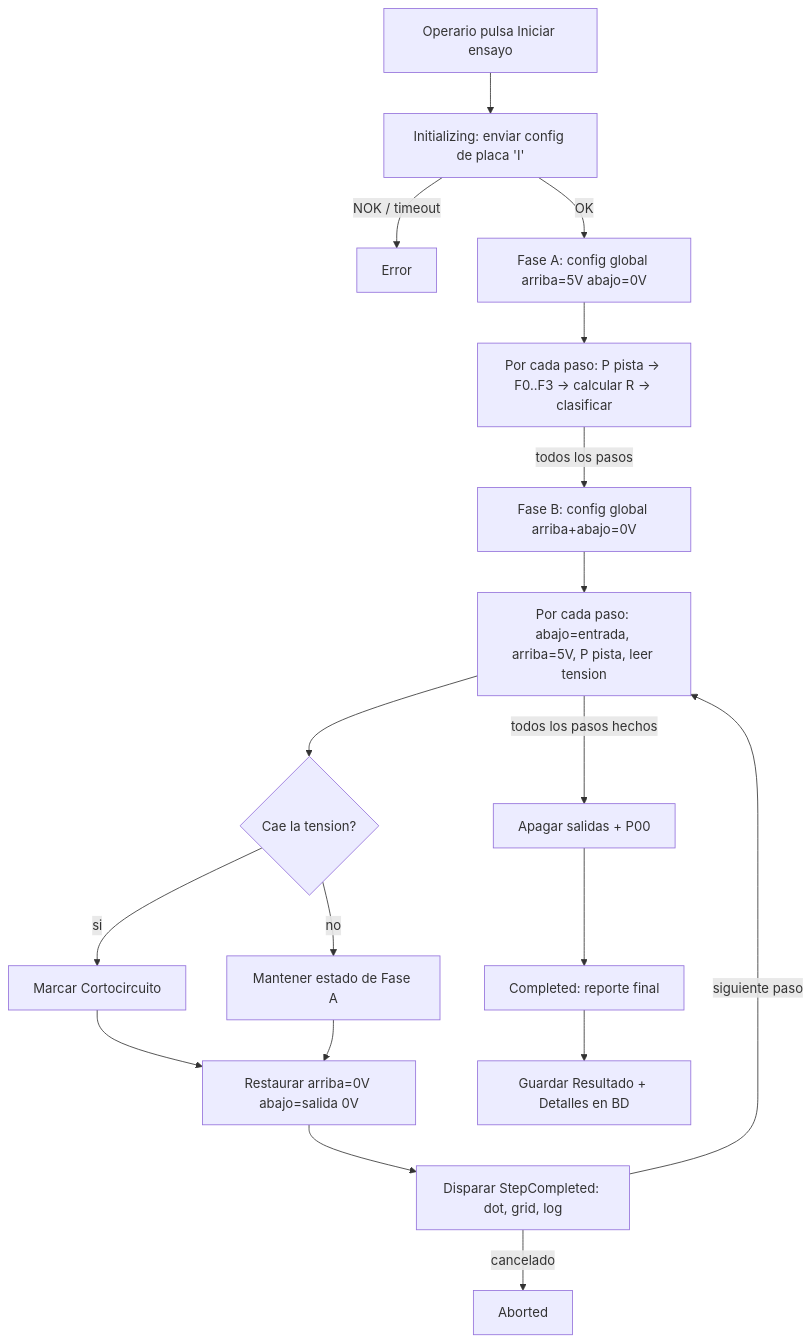
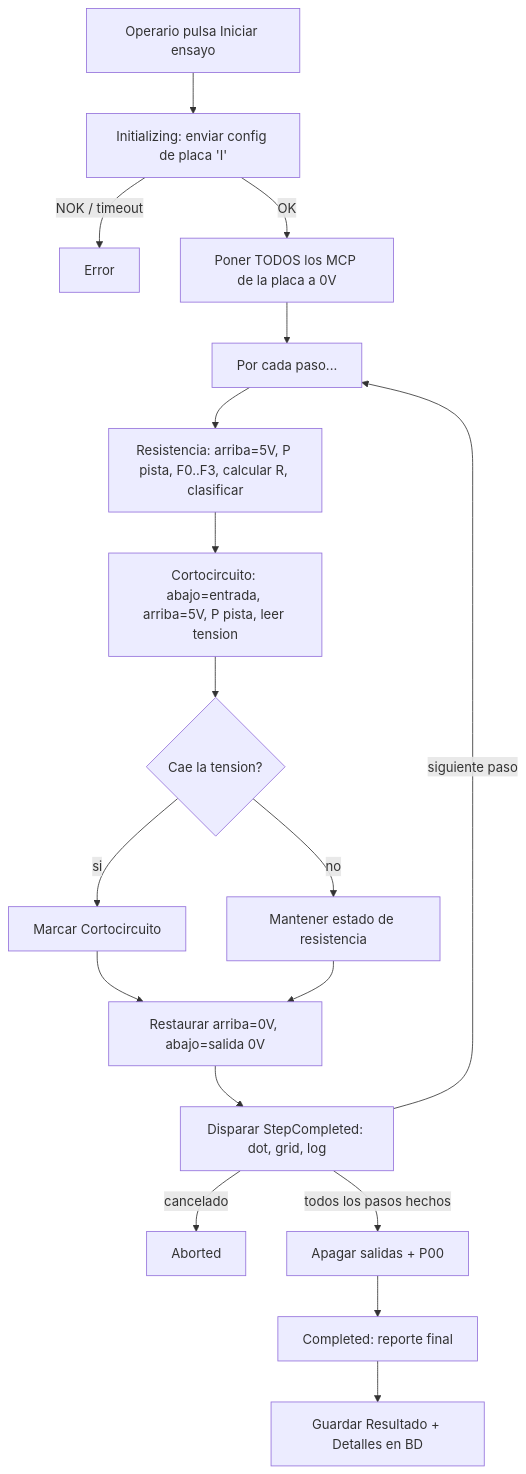
Before and after one commit to EuLantec/PC7866: the diagram in GUIA_MODO_AUTOMATICO.md, drawn with Mermaid. The commit also changed other lines of this file and 1 other file, not shown here.

````diff
--- a/GUIA_MODO_AUTOMATICO.md
+++ b/GUIA_MODO_AUTOMATICO.md
@@ -145,20 +140,20 @@
 ```mermaid
 flowchart TD
     A[Operario pulsa Iniciar ensayo] --> B[Initializing: enviar config de placa 'I']
     B -->|NOK / timeout| E[Error]
-    B -->|OK| FA0[Fase A: config global arriba=5V abajo=0V]
-    FA0 --> FA[Por cada paso: P pista -> F0..F3 -> calcular R -> clasificar]
-    FA -->|todos los pasos| FB0[Fase B: config global arriba+abajo=0V]
-    FB0 --> FB[Por cada paso: abajo=entrada, arriba=5V, P pista, leer tension]
-    FB --> FB1{Cae la tension?}
-    FB1 -->|si| CORTO[Marcar Cortocircuito]
-    FB1 -->|no| KEEP[Mantener estado de Fase A]
-    CORTO --> RESTORE[Restaurar arriba=0V abajo=salida 0V]
+    B -->|OK| INIT[Poner TODOS los MCP de la placa a 0V]
+    INIT --> P0[Por cada paso...]
+    P0 --> R1[Resistencia: arriba=5V, P pista, F0..F3, calcular R, clasificar]
+    R1 --> C1[Cortocircuito: abajo=entrada, arriba=5V, P pista, leer tension]
+    C1 --> C2{Cae la tension?}
+    C2 -->|si| CORTO[Marcar Cortocircuito]
+    C2 -->|no| KEEP[Mantener estado de resistencia]
+    CORTO --> RESTORE[Restaurar arriba=0V, abajo=salida 0V]
     KEEP --> RESTORE
     RESTORE --> UI[Disparar StepCompleted: dot, grid, log]
-    UI -->|siguiente paso| FB
+    UI -->|siguiente paso| P0
     UI -->|cancelado| X[Aborted]
-    FB -->|todos los pasos hechos| D[Apagar salidas + P00]
+    UI -->|todos los pasos hechos| D[Apagar salidas + P00]
     D --> F[Completed: reporte final]
     F --> G[Guardar Resultado + Detalles en BD]
 ```
````
